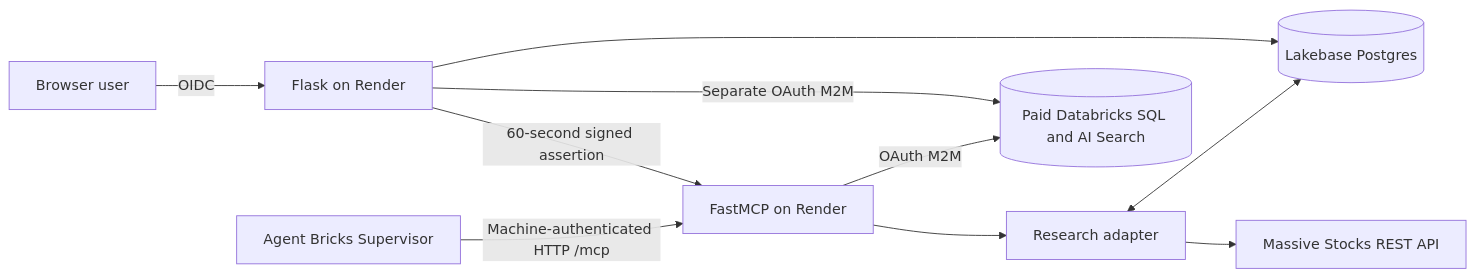
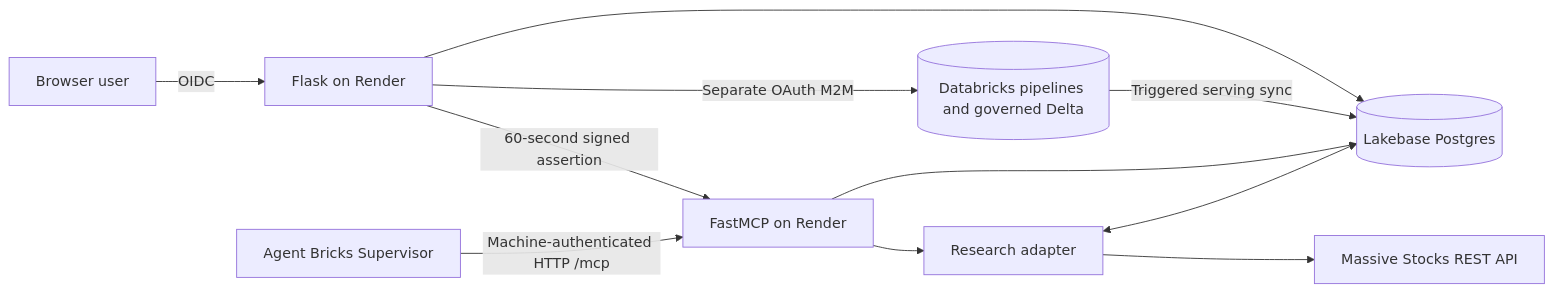
One commit to srinivas-malyala/signal-desk-market-research changed the diagram in README.md. Above: the diagram before and after it, drawn with Mermaid. The commit also changed other lines of this file and 29 other files, not shown here.

````diff
--- a/README.md
+++ b/README.md
@@ -31,12 +31,13 @@
 ```mermaid
 flowchart LR
   U[Browser user] -->|OIDC| F[Flask on Render]
   F -->|60-second signed assertion| M[FastMCP on Render]
   A[Agent Bricks Supervisor] -->|Machine-authenticated HTTP /mcp| M
   M --> B[Research adapter]
   B --> X[Massive Stocks REST API]
   B <--> L[(Lakebase Postgres)]
-  M -->|OAuth M2M| D[(Paid Databricks SQL and AI Search)]
+  M --> L
+  D[(Databricks pipelines and governed Delta)] -->|Triggered serving sync| L
   F -->|Separate OAuth M2M| D
   F --> L
 ```
````
